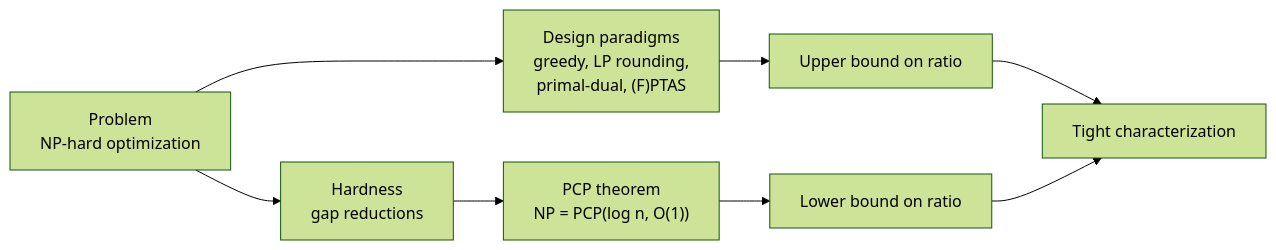
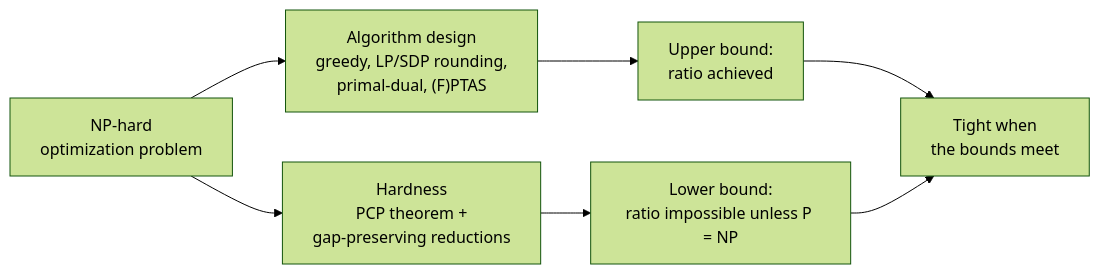
One commit to AndrewAltimit/Documentation changed the first of 6 diagrams in github-pages/docs/advanced/approximation-algorithms.md. Above: the diagram before and after it, drawn with Mermaid (forest theme). The commit also changed other lines of this file and 240 other files, not shown here.

````diff
--- a/github-pages/docs/advanced/approximation-algorithms.md
+++ b/github-pages/docs/advanced/approximation-algorithms.md
@@ -30,10 +24,9 @@
 ```mermaid
 flowchart LR
-    P["Problem<br/>NP-hard optimization"] --> ALG["Design paradigms<br/>greedy, LP rounding,<br/>primal-dual, (F)PTAS"]
-    P --> HARD["Hardness<br/>gap reductions"]
-    HARD --> PCP["PCP theorem<br/>NP = PCP(log n, O(1))"]
-    ALG --> RATIO["Upper bound on ratio"]
-    PCP --> LB["Lower bound on ratio"]
-    RATIO --> TIGHT["Tight characterization"]
-    LB --> TIGHT
+    P["NP-hard<br/>optimization problem"] --> ALG["Algorithm design<br/>greedy, LP/SDP rounding,<br/>primal-dual, (F)PTAS"]
+    P --> HARD["Hardness<br/>PCP theorem +<br/>gap-preserving reductions"]
+    ALG --> UB["Upper bound:<br/>ratio achieved"]
+    HARD --> LB["Lower bound:<br/>ratio impossible unless P = NP"]
+    UB --> T["Tight when<br/>the bounds meet"]
+    LB --> T
 ```
````
